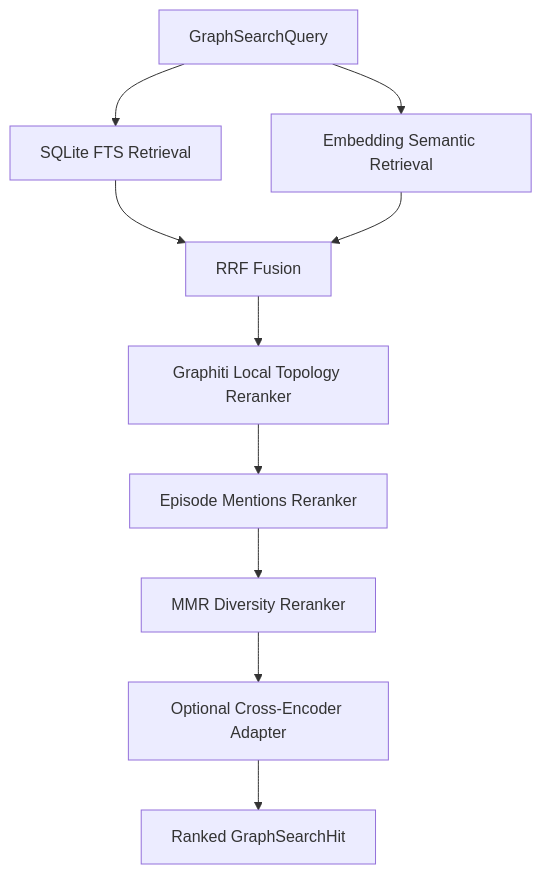
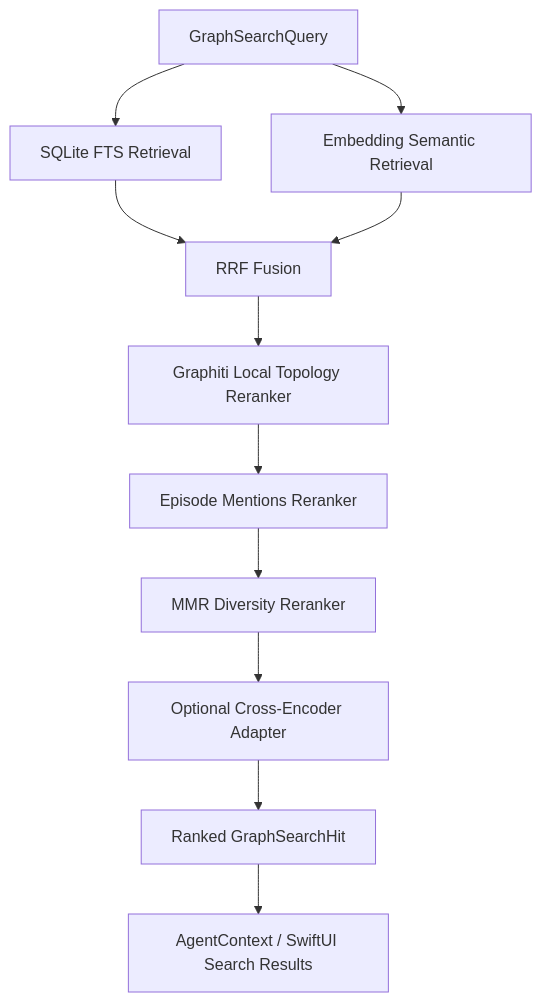
One commit to duanshiwen/connor-graph-agent-mac changed the second of 2 diagrams in README.md. Above: the diagram before and after it, drawn with Mermaid. The commit also changed other lines of this file, not shown here.

Commit message:
docs: update README for hybrid-only search

````diff
--- a/README.md
+++ b/README.md
@@ -135,12 +136,13 @@
 ```mermaid
 graph TD
     Q[GraphSearchQuery] --> FTS[SQLite FTS Retrieval]
     Q --> Semantic[Embedding Semantic Retrieval]
     FTS --> RRF[RRF Fusion]
     Semantic --> RRF
     RRF --> Local[Graphiti Local Topology Reranker]
     Local --> Mentions[Episode Mentions Reranker]
     Mentions --> MMR[MMR Diversity Reranker]
     MMR --> CE[Optional Cross-Encoder Adapter]
     CE --> Hits[Ranked GraphSearchHit]
+    Hits --> Context[AgentContext / SwiftUI Search Results]
 ```
````
